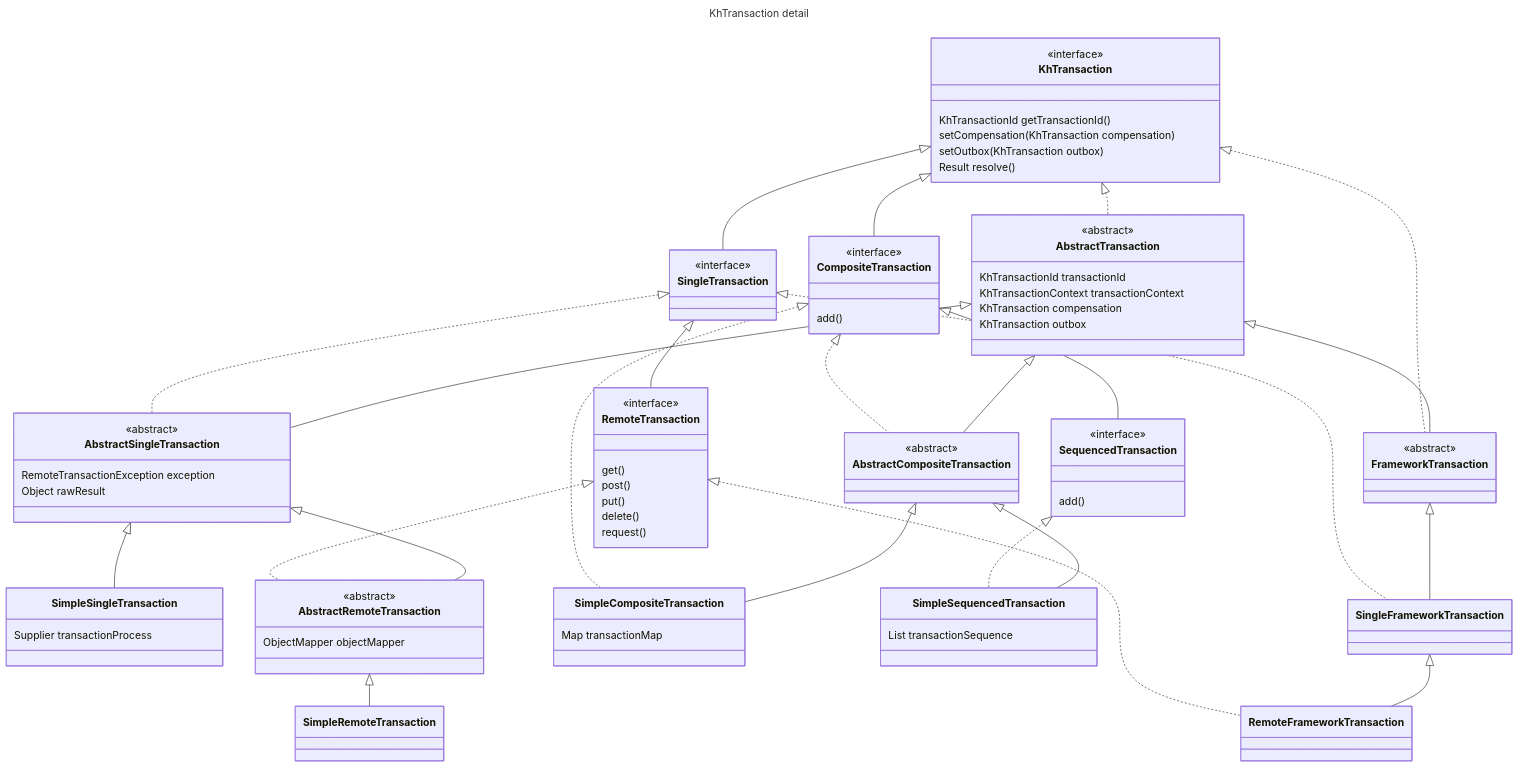
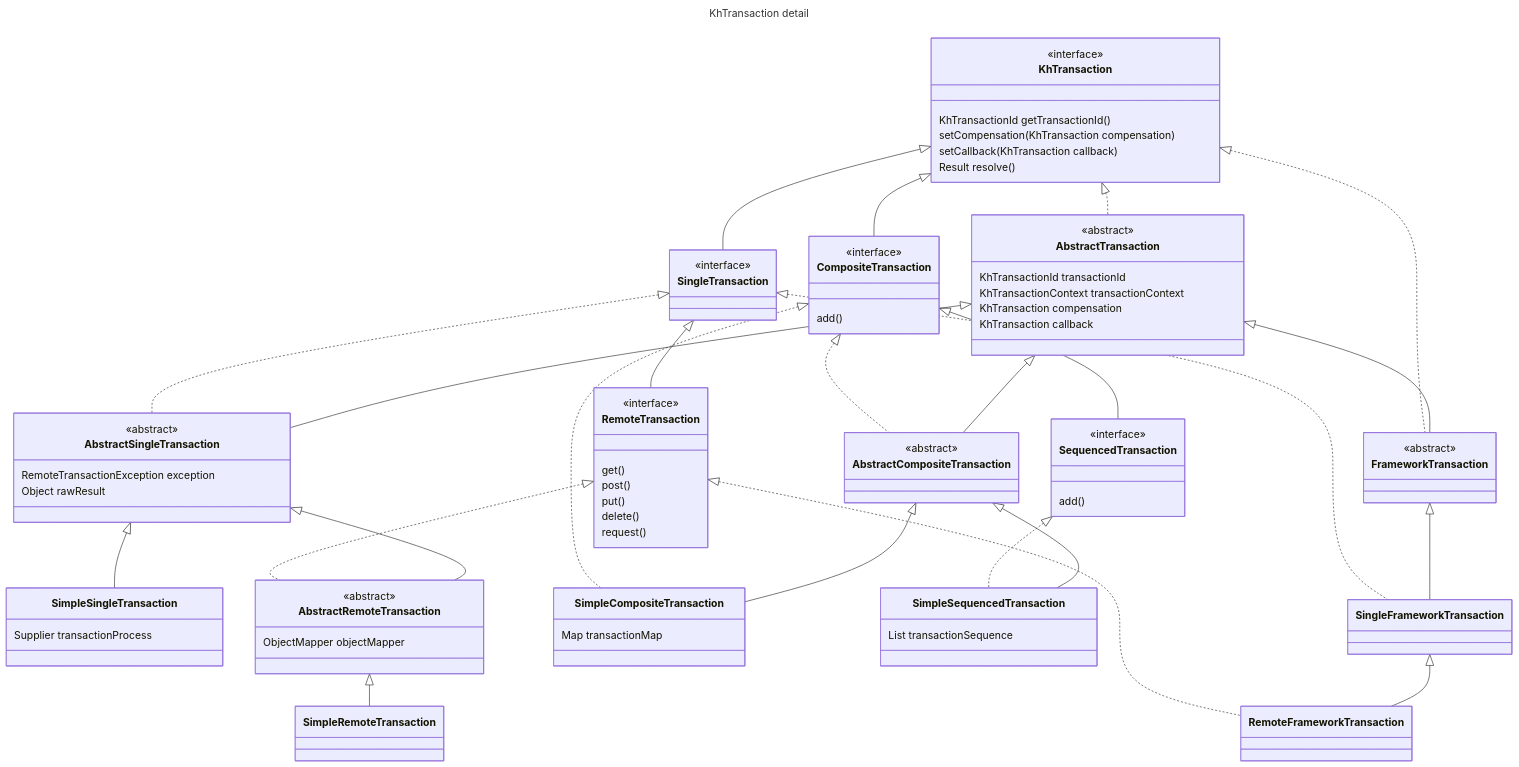
One commit to keyhub-projects/distributed-transaction-kit changed the fourth of 5 diagrams in README.md. Above: the diagram before and after it, drawn with Mermaid. The commit also changed other lines of this file and 28 other files, not shown here.

```diff
--- a/README.md
+++ b/README.md
@@ -306,7 +303,7 @@
     class KhTransaction {
         KhTransactionId getTransactionId()
         setCompensation(KhTransaction compensation)
-        setOutbox(KhTransaction outbox)
+        setCallback(KhTransaction callback)
         Result resolve()
     }
     <<interface>> KhTransaction
@@ -315,7 +312,7 @@
         KhTransactionId transactionId
         KhTransactionContext transactionContext
         KhTransaction compensation
-        KhTransaction outbox
+        KhTransaction callback
     }
     <<abstract>> AbstractTransaction
     KhTransaction <|.. AbstractTransaction
```
